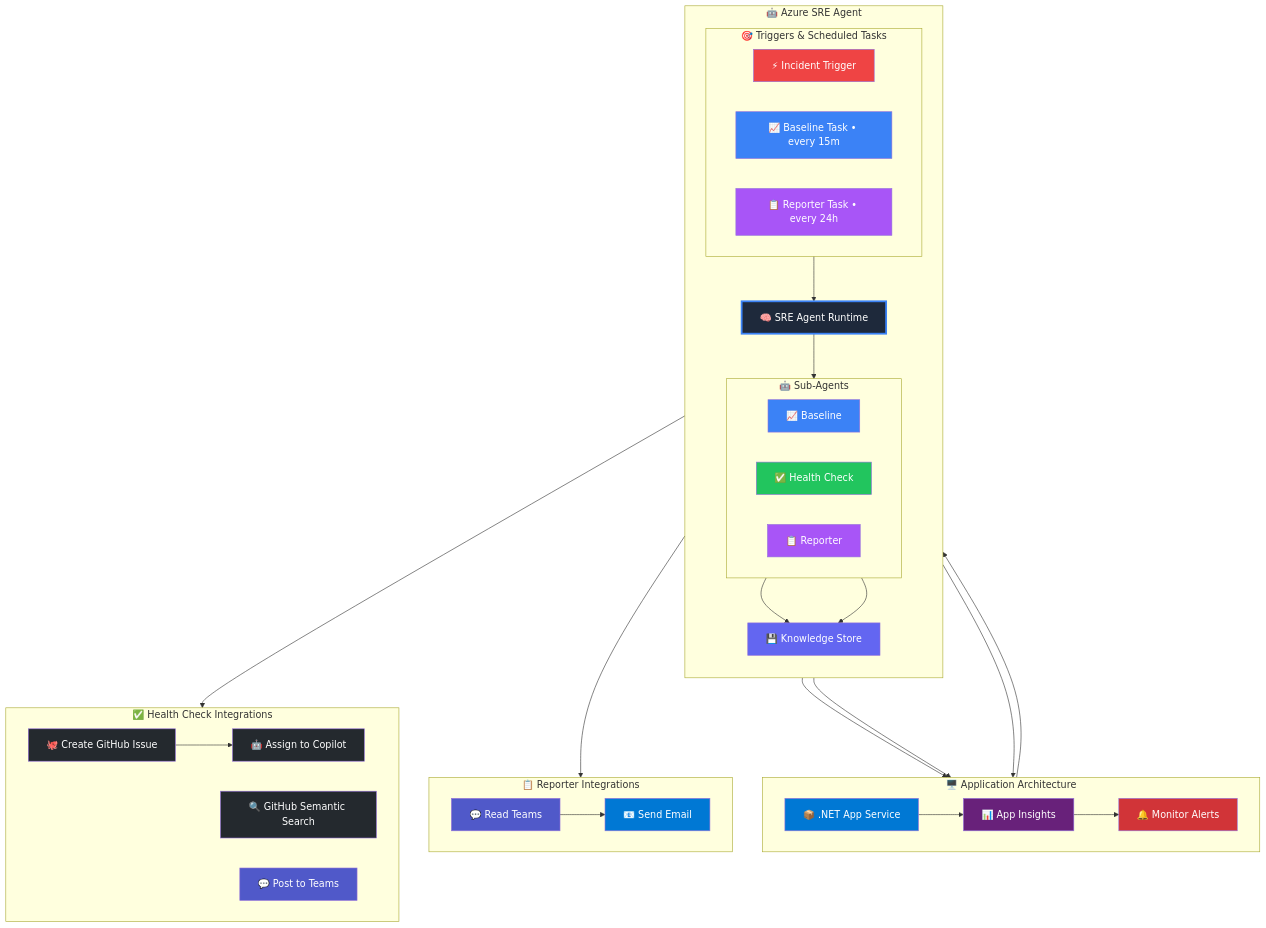
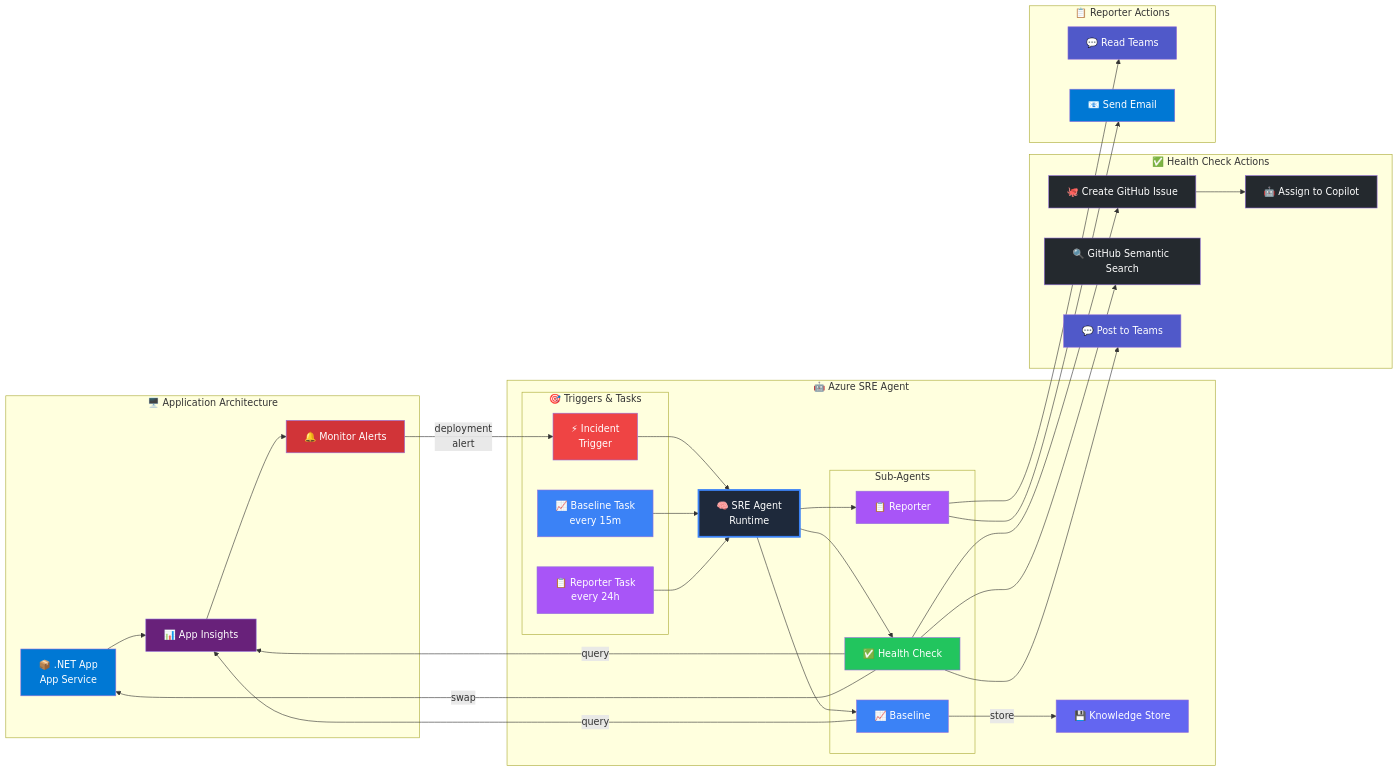
Before and after one commit to meetshamir/dotnetday: the diagram in README.md, drawn with Mermaid.

Commit message:
Revert to previous diagram layout

````diff
--- a/README.md
+++ b/README.md
@@ -28,75 +28,100 @@
 ```mermaid
-flowchart TB
-    %% ===== ROW 1: APPLICATION =====
+graph LR
+    %% ===== APPLICATION ARCHITECTURE (Left) =====
     subgraph AppArch["🖥️ Application Architecture"]
-        direction LR
-        APP["📦 .NET App Service"] --> INSIGHTS["📊 App Insights"] --> ALERTS["🔔 Monitor Alerts"]
+        APP["📦 .NET App<br/>App Service"]
+        INSIGHTS["📊 App Insights"]
+        ALERTS["🔔 Monitor Alerts"]
+        APP --> INSIGHTS
+        INSIGHTS --> ALERTS
     end
 
-    %% ===== ROW 2: SRE AGENT =====
+    %% ===== AZURE SRE AGENT (Center) =====
     subgraph SREAgent["🤖 Azure SRE Agent"]
-        direction TB
-        
-        subgraph Triggers["🎯 Triggers & Scheduled Tasks"]
-            direction LR
-            INCIDENT["⚡ Incident Trigger"]
-            SCHED_BASELINE["📈 Baseline Task • every 15m"]
-            SCHED_REPORTER["📋 Reporter Task • every 24h"]
+        subgraph Triggers["🎯 Triggers & Tasks"]
+            INCIDENT["⚡ Incident<br/>Trigger"]
+            SCHED_BASELINE["📈 Baseline Task<br/>every 15m"]
+            SCHED_REPORTER["📋 Reporter Task<br/>every 24h"]
         end
-        
-        RUNTIME["🧠 SRE Agent Runtime"]
-        
-        subgraph SubAgents["🤖 Sub-Agents"]
-            direction LR
+
+        RUNTIME["🧠 SRE Agent<br/>Runtime"]
+
+        subgraph SubAgents["Sub-Agents"]
+            HEALTH["✅ Health Check"]
             BASELINE["📈 Baseline"]
-            HEALTH["✅ Health Check"]
             REPORTER["📋 Reporter"]
         end
-        
+
         KNOWLEDGE["💾 Knowledge Store"]
-        
-        Triggers --> RUNTIME --> SubAgents
-        BASELINE --> KNOWLEDGE
-        HEALTH --> KNOWLEDGE
+
+        %% Internal agent flows
+        INCIDENT --> RUNTIME
+        SCHED_BASELINE --> RUNTIME
+        SCHED_REPORTER --> RUNTIME
+        RUNTIME --> HEALTH
+        RUNTIME --> BASELINE
+        RUNTIME --> REPORTER
+        BASELINE -->|"store"| KNOWLEDGE
     end
 
-    %% ===== ROW 3: HEALTH CHECK INTEGRATIONS =====
-    subgraph HealthInt["✅ Health Check Integrations"]
-        direction LR
-        GITHUB["🐙 Create GitHub Issue"] --> COPILOT["🤖 Assign to Copilot"]
+    %% ===== HEALTH CHECK ACTIONS (Right) =====
+    subgraph HealthActions["✅ Health Check Actions"]
+        GITHUB["🐙 Create GitHub Issue"]
         GHSEARCH["🔍 GitHub Semantic Search"]
+        COPILOT["🤖 Assign to Copilot"]
         TEAMS_POST["💬 Post to Teams"]
     end
 
-    %% ===== ROW 4: REPORTER INTEGRATIONS =====
-    subgraph ReportInt["📋 Reporter Integrations"]
-        direction LR
-        TEAMS_READ["💬 Read Teams"] --> OUTLOOK["📧 Send Email"]
+    %% ===== REPORTER ACTIONS (Right) =====
+    subgraph ReporterActions["📋 Reporter Actions"]
+        TEAMS_READ["💬 Read Teams"]
+        OUTLOOK["📧 Send Email"]
     end
 
-    %% ===== CONNECTIONS =====
-    ALERTS --> INCIDENT
-    BASELINE --> INSIGHTS
-    HEALTH --> INSIGHTS
-    HEALTH --> APP
-    HEALTH --> HealthInt
-    REPORTER --> ReportInt
+    %% ===== CROSS-BOUNDARY FLOWS =====
+    ALERTS -->|"deployment<br/>alert"| INCIDENT
+    HEALTH -->|"query"| INSIGHTS
+    HEALTH -->|"swap"| APP
+    BASELINE -->|"query"| INSIGHTS
+    
+    HEALTH --> GITHUB
+    HEALTH --> GHSEARCH
+    HEALTH --> TEAMS_POST
+    GITHUB --> COPILOT
+    
+    REPORTER --> TEAMS_READ
+    REPORTER --> OUTLOOK
 
-    %% ===== STYLING =====
+    %% ===== STYLING - Brand Colors =====
+    %% Runtime
     style RUNTIME fill:#1e293b,color:#fff,stroke:#3b82f6,stroke-width:3px
+    
+    %% Triggers
     style INCIDENT fill:#ef4444,color:#fff
     style SCHED_BASELINE fill:#3b82f6,color:#fff
     style SCHED_REPORTER fill:#a855f7,color:#fff
+    
+    %% Sub-Agents
     style HEALTH fill:#22c55e,color:#fff
     style BASELINE fill:#3b82f6,color:#fff
     style REPORTER fill:#a855f7,color:#fff
+    
+    %% Knowledge Store
     style KNOWLEDGE fill:#6366f1,color:#fff
+    
+    %% GitHub - Black
     style GITHUB fill:#24292e,color:#fff
     style GHSEARCH fill:#24292e,color:#fff
     style COPILOT fill:#24292e,color:#fff
+    
+    %% Teams - Purple
     style TEAMS_POST fill:#5059c9,color:#fff
     style TEAMS_READ fill:#5059c9,color:#fff
+    
+    %% Outlook - Blue
     style OUTLOOK fill:#0078d4,color:#fff
+    
+    %% Azure - Blue
     style APP fill:#0078d4,color:#fff
     style INSIGHTS fill:#68217a,color:#fff
     style ALERTS fill:#d13438,color:#fff
````
